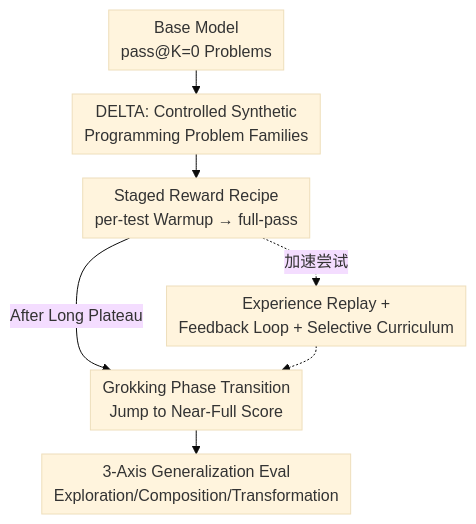
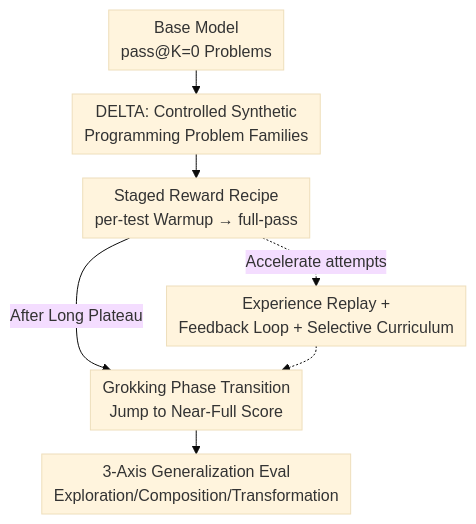
One commit to zhaoyang97/Paper-Notes-en changed the diagram in docs/ICLR2026/reinforcement_learning/rl_grokking_recipe_how_does_rl_unlock_and_transfer_new_algorithms_in_llms.md. Above: the diagram before and after it, drawn with Mermaid (base theme). The commit also changed 644 other files, not shown here.

````diff
--- a/docs/ICLR2026/reinforcement_learning/rl_grokking_recipe_how_does_rl_unlock_and_transfer_new_algorithms_in_llms.md
+++ b/docs/ICLR2026/reinforcement_learning/rl_grokking_recipe_how_does_rl_unlock_and_transfer_new_algorithms_in_llms.md
@@ -47,10 +47,10 @@
 ```mermaid
 %%{init: {'flowchart': {'rankSpacing': 24, 'nodeSpacing': 28, 'padding': 6, 'wrappingWidth': 400}}}%%
 flowchart TD
     A["Base Model<br/>pass@K=0 Problems"] --> B["DELTA: Controlled Synthetic<br/>Programming Problem Families"]
     B --> C["Staged Reward Recipe<br/>per-test Warmup → full-pass"]
     C -->|After Long Plateau| D["Grokking Phase Transition<br/>Jump to Near-Full Score"]
-    C -.加速尝试.-> E["Experience Replay +<br/>Feedback Loop + Selective Curriculum"]
+    C -.Accelerate attempts.-> E["Experience Replay +<br/>Feedback Loop + Selective Curriculum"]
     E -.-> D
     D --> F["3-Axis Generalization Eval<br/>Exploration/Composition/Transformation"]
 ```
````
